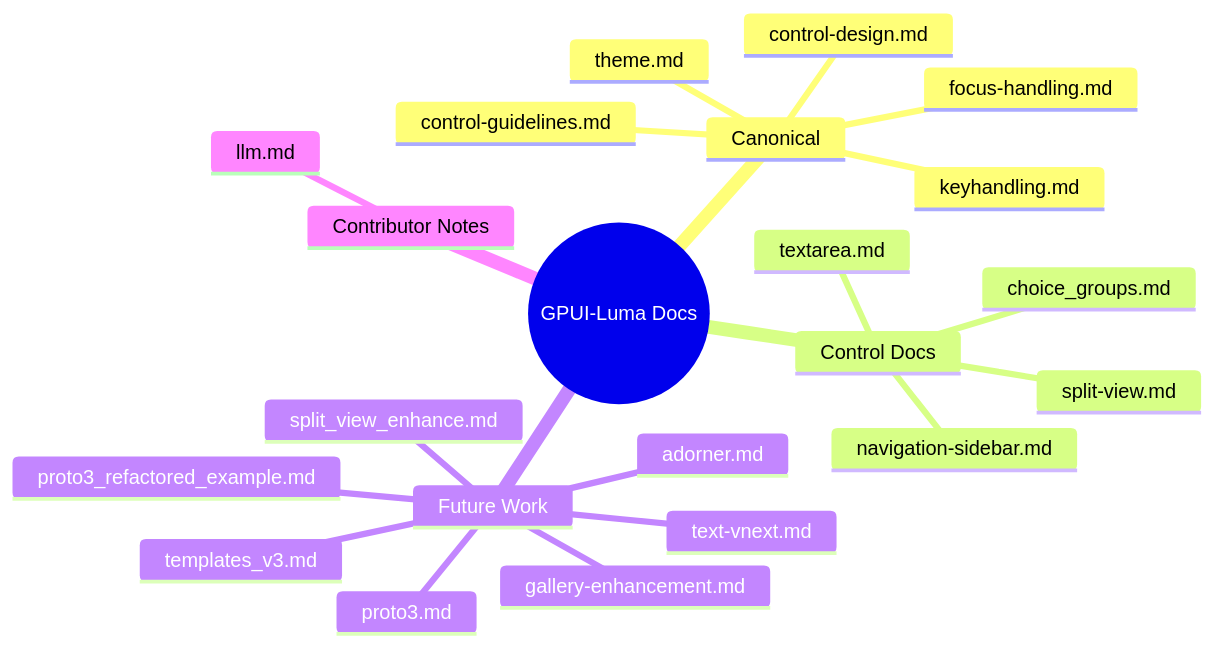
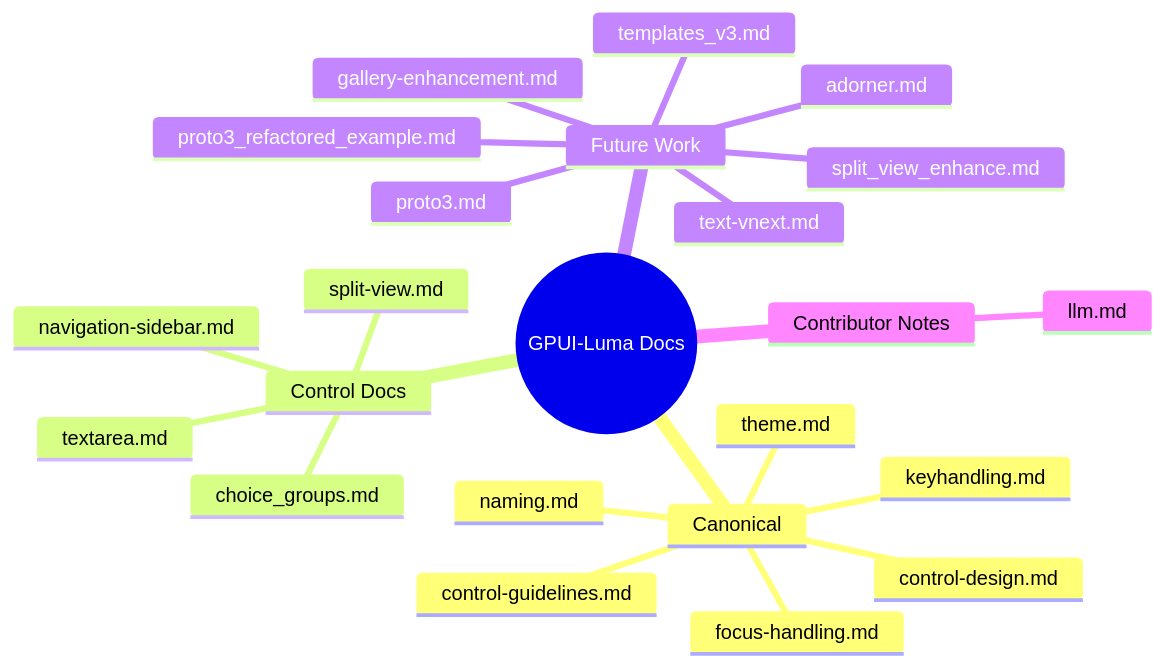
The diagram in docs/README.md (gpui-luma-dev/gpui-luma), drawn with Mermaid before and after one commit. The commit also changed other lines of this file and 24 other files, not shown here.

````diff
--- a/docs/README.md
+++ b/docs/README.md
@@ -7,25 +7,26 @@
 ```mermaid
 mindmap
   root((GPUI-Luma Docs))
     Canonical
       control-design.md
       control-guidelines.md
       focus-handling.md
       keyhandling.md
       theme.md
+      naming.md
     Control Docs
       choice_groups.md
       navigation-sidebar.md
       split-view.md
       textarea.md
     Future Work
       adorner.md
       gallery-enhancement.md
       split_view_enhance.md
       templates_v3.md
       text-vnext.md
       proto3.md
       proto3_refactored_example.md
     Contributor Notes
       llm.md
 ```
````
